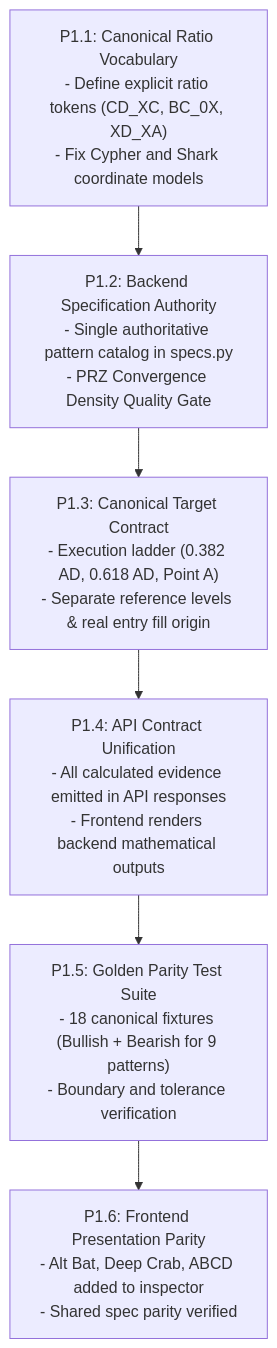
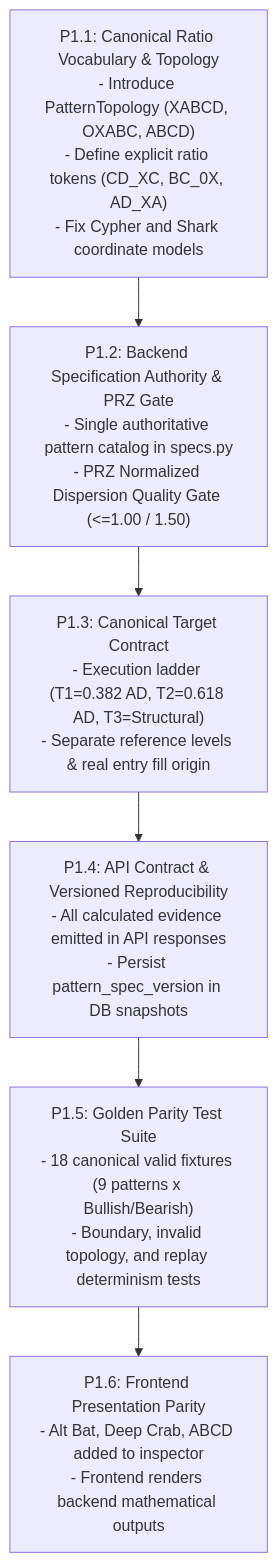
The diagram in docs/HARMONIC_INTELLIGENCE_REVIEW.md (AI-Pydev/tradestrix-web), drawn with Mermaid before and after one commit. The commit also changed other lines of this file, not shown here.

Commit message:
docs(harmonics): v2.1.0 precision calibration, topology standards, and golden test matrix

````diff
--- a/docs/HARMONIC_INTELLIGENCE_REVIEW.md
+++ b/docs/HARMONIC_INTELLIGENCE_REVIEW.md
@@ -333,11 +347,11 @@
 ```mermaid
 flowchart TD
-    P1_1["P1.1: Canonical Ratio Vocabulary\n- Define explicit ratio tokens (CD_XC, BC_0X, XD_XA)\n- Fix Cypher and Shark coordinate models"]
-    P1_2["P1.2: Backend Specification Authority\n- Single authoritative pattern catalog in specs.py\n- PRZ Convergence Density Quality Gate"]
-    P1_3["P1.3: Canonical Target Contract\n- Execution ladder (0.382 AD, 0.618 AD, Point A)\n- Separate reference levels & real entry fill origin"]
-    P1_4["P1.4: API Contract Unification\n- All calculated evidence emitted in API responses\n- Frontend renders backend mathematical outputs"]
-    P1_5["P1.5: Golden Parity Test Suite\n- 18 canonical fixtures (Bullish + Bearish for 9 patterns)\n- Boundary and tolerance verification"]
-    P1_6["P1.6: Frontend Presentation Parity\n- Alt Bat, Deep Crab, ABCD added to inspector\n- Shared spec parity verified"]
+    P1_1["P1.1: Canonical Ratio Vocabulary & Topology\n- Introduce PatternTopology (XABCD, OXABC, ABCD)\n- Define explicit ratio tokens (CD_XC, BC_0X, AD_XA)\n- Fix Cypher and Shark coordinate models"]
+    P1_2["P1.2: Backend Specification Authority & PRZ Gate\n- Single authoritative pattern catalog in specs.py\n- PRZ Normalized Dispersion Quality Gate (<=1.00 / 1.50)"]
+    P1_3["P1.3: Canonical Target Contract\n- Execution ladder (T1=0.382 AD, T2=0.618 AD, T3=Structural)\n- Separate reference levels & real entry fill origin"]
+    P1_4["P1.4: API Contract & Versioned Reproducibility\n- All calculated evidence emitted in API responses\n- Persist pattern_spec_version in DB snapshots"]
+    P1_5["P1.5: Golden Parity Test Suite\n- 18 canonical valid fixtures (9 patterns x Bullish/Bearish)\n- Boundary, invalid topology, and replay determinism tests"]
+    P1_6["P1.6: Frontend Presentation Parity\n- Alt Bat, Deep Crab, ABCD added to inspector\n- Frontend renders backend mathematical outputs"]
 
     P1_1 --> P1_2 --> P1_3 --> P1_4 --> P1_5 --> P1_6
 ```
````
